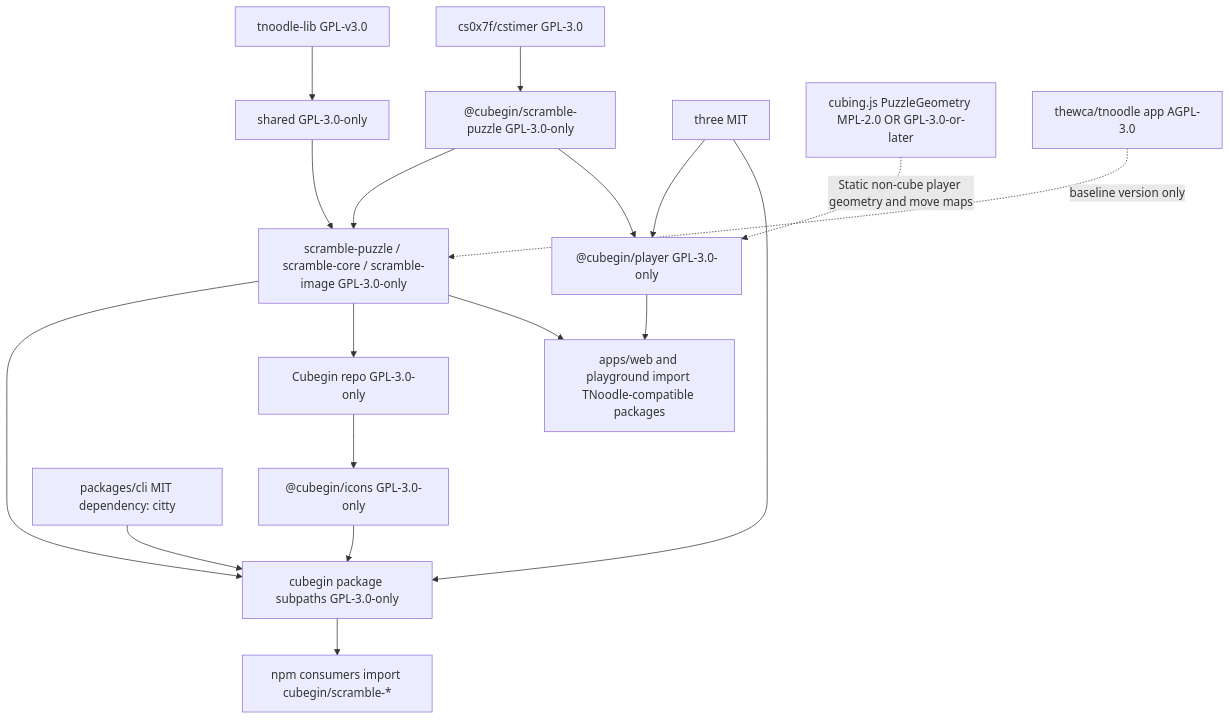
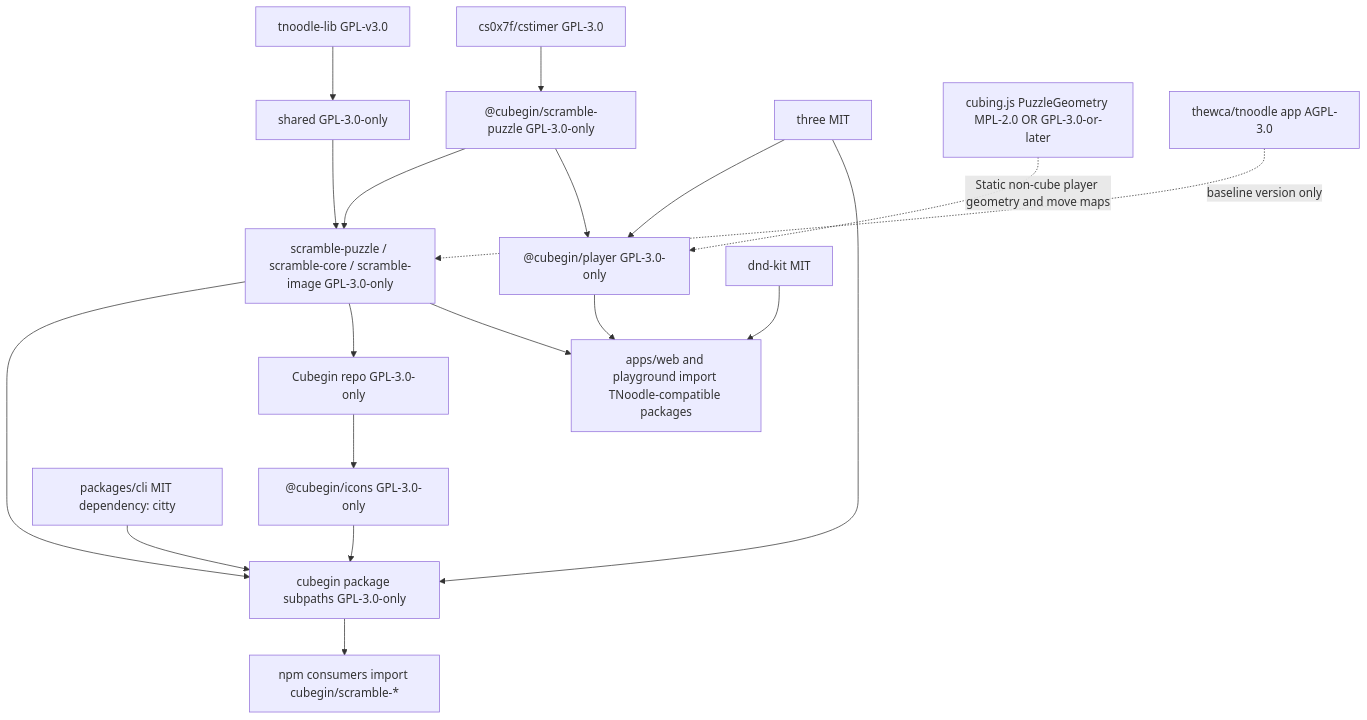
One commit to deweyou/cube-kit changed the diagram in docs/dependency-licensing.md. Above: the diagram before and after it, drawn with Mermaid. The commit also changed other lines of this file and 43 other files, not shown here.

````diff
--- a/docs/dependency-licensing.md
+++ b/docs/dependency-licensing.md
@@ -3,21 +3,22 @@
 ```mermaid
 flowchart TD
     TnoodleLib["tnoodle-lib GPL-v3.0"] --> SharedPkg["shared GPL-3.0-only"]
     CsTimer["cs0x7f/cstimer GPL-3.0"] --> ScramblePuzzle["@cubegin/scramble-puzzle GPL-3.0-only"]
     SharedPkg --> NewPackages["scramble-puzzle / scramble-core / scramble-image GPL-3.0-only"]
     ScramblePuzzle --> NewPackages
     RepoLicense --> Icons["@cubegin/icons GPL-3.0-only"]
     NewPackages --> PublicPackage["cubegin package subpaths GPL-3.0-only"]
     Icons --> PublicPackage
     Three["three MIT"] --> Player["@cubegin/player GPL-3.0-only"]
     Three --> PublicPackage
+    DndKit["dnd-kit MIT"] --> Apps
     CubingGeometry["cubing.js PuzzleGeometry MPL-2.0 OR GPL-3.0-or-later"] -. "Static non-cube player geometry and move maps" .-> Player
     ScramblePuzzle --> Player
     Player --> Apps
     Cli["packages/cli MIT dependency: citty"] --> PublicPackage
     NewPackages --> RepoLicense
     NewPackages --> Apps["apps/web and playground import TNoodle-compatible packages"]
     PublicPackage --> NpmConsumers["npm consumers import cubegin/scramble-*"]
     RepoLicense["Cubegin repo GPL-3.0-only"]
     TnoodleApp["thewca/tnoodle app AGPL-3.0"] -. "baseline version only" .-> NewPackages
 ```
````
